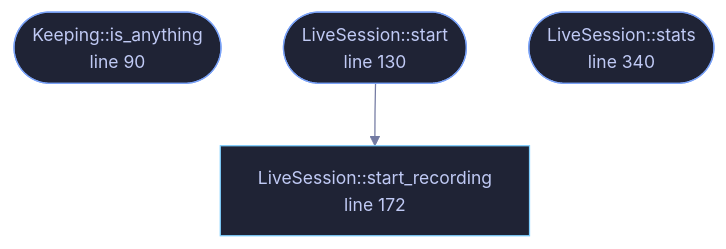
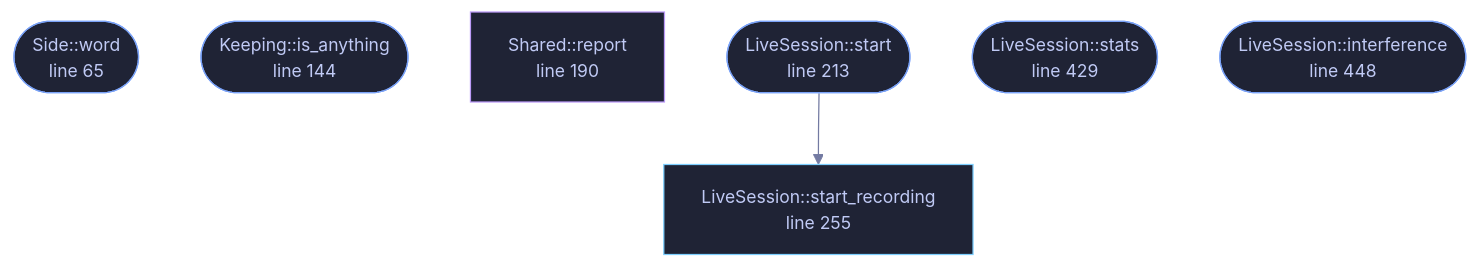
Before and after one commit to tilas01/veilvoice: the diagram in wiki/File-veilvoice-audio-live.md, drawn with Mermaid. The commit also changed other lines of this file and 61 other files, not shown here.

````diff
--- a/wiki/File-veilvoice-audio-live.md
+++ b/wiki/File-veilvoice-audio-live.md
@@ -88,17 +92,25 @@
 ```mermaid
 %%{init: {"theme":"base","themeVariables":{"background":"#1a1b26","primaryColor":"#1f2335","primaryTextColor":"#c0caf5","primaryBorderColor":"#7aa2f7","secondaryColor":"#16161e","tertiaryColor":"#16161e","lineColor":"#737aa2","textColor":"#c0caf5","mainBkg":"#1f2335","nodeBorder":"#7aa2f7","clusterBkg":"#16161e","clusterBorder":"#2f3549","fontFamily":"ui-monospace, SFMono-Regular, Consolas, monospace","fontSize":"14px"}}}%%
 flowchart TD
-    n_is_anything(["Keeping::is_anything<br/>line 90"])
-    n_start(["LiveSession::start<br/>line 130"])
-    n_start_recording["LiveSession::start_recording<br/>line 172"]
-    n_stats(["LiveSession::stats<br/>line 340"])
+    n_word(["Side::word<br/>line 65"])
+    n_is_anything(["Keeping::is_anything<br/>line 144"])
+    n_report["Shared::report<br/>line 190"]
+    n_start(["LiveSession::start<br/>line 213"])
+    n_start_recording["LiveSession::start_recording<br/>line 255"]
+    n_stats(["LiveSession::stats<br/>line 429"])
+    n_interference(["LiveSession::interference<br/>line 448"])
     n_start --> n_start_recording
-    click n_is_anything href "https://github.com/tilas01/veilvoice/blob/main/crates/veilvoice-audio/src/live.rs#L90" "open the source"
-    click n_start href "https://github.com/tilas01/veilvoice/blob/main/crates/veilvoice-audio/src/live.rs#L130" "open the source"
-    click n_start_recording href "https://github.com/tilas01/veilvoice/blob/main/crates/veilvoice-audio/src/live.rs#L172" "open the source"
-    click n_stats href "https://github.com/tilas01/veilvoice/blob/main/crates/veilvoice-audio/src/live.rs#L340" "open the source"
+    click n_word href "https://github.com/tilas01/veilvoice/blob/main/crates/veilvoice-audio/src/live.rs#L65" "open the source"
+    click n_is_anything href "https://github.com/tilas01/veilvoice/blob/main/crates/veilvoice-audio/src/live.rs#L144" "open the source"
+    click n_report href "https://github.com/tilas01/veilvoice/blob/main/crates/veilvoice-audio/src/live.rs#L190" "open the source"
+    click n_start href "https://github.com/tilas01/veilvoice/blob/main/crates/veilvoice-audio/src/live.rs#L213" "open the source"
+    click n_start_recording href "https://github.com/tilas01/veilvoice/blob/main/crates/veilvoice-audio/src/live.rs#L255" "open the source"
+    click n_stats href "https://github.com/tilas01/veilvoice/blob/main/crates/veilvoice-audio/src/live.rs#L429" "open the source"
+    click n_interference href "https://github.com/tilas01/veilvoice/blob/main/crates/veilvoice-audio/src/live.rs#L448" "open the source"
     classDef entry fill:#1f2335,stroke:#7aa2f7,color:#c0caf5
-    class n_is_anything,n_start,n_stats entry
+    class n_word,n_is_anything,n_start,n_stats,n_interference entry
     classDef api fill:#1f2335,stroke:#7dcfff,color:#c0caf5
     class n_start_recording api
+    classDef helper fill:#1f2335,stroke:#bb9af7,color:#c0caf5
+    class n_report helper
 ```
````
